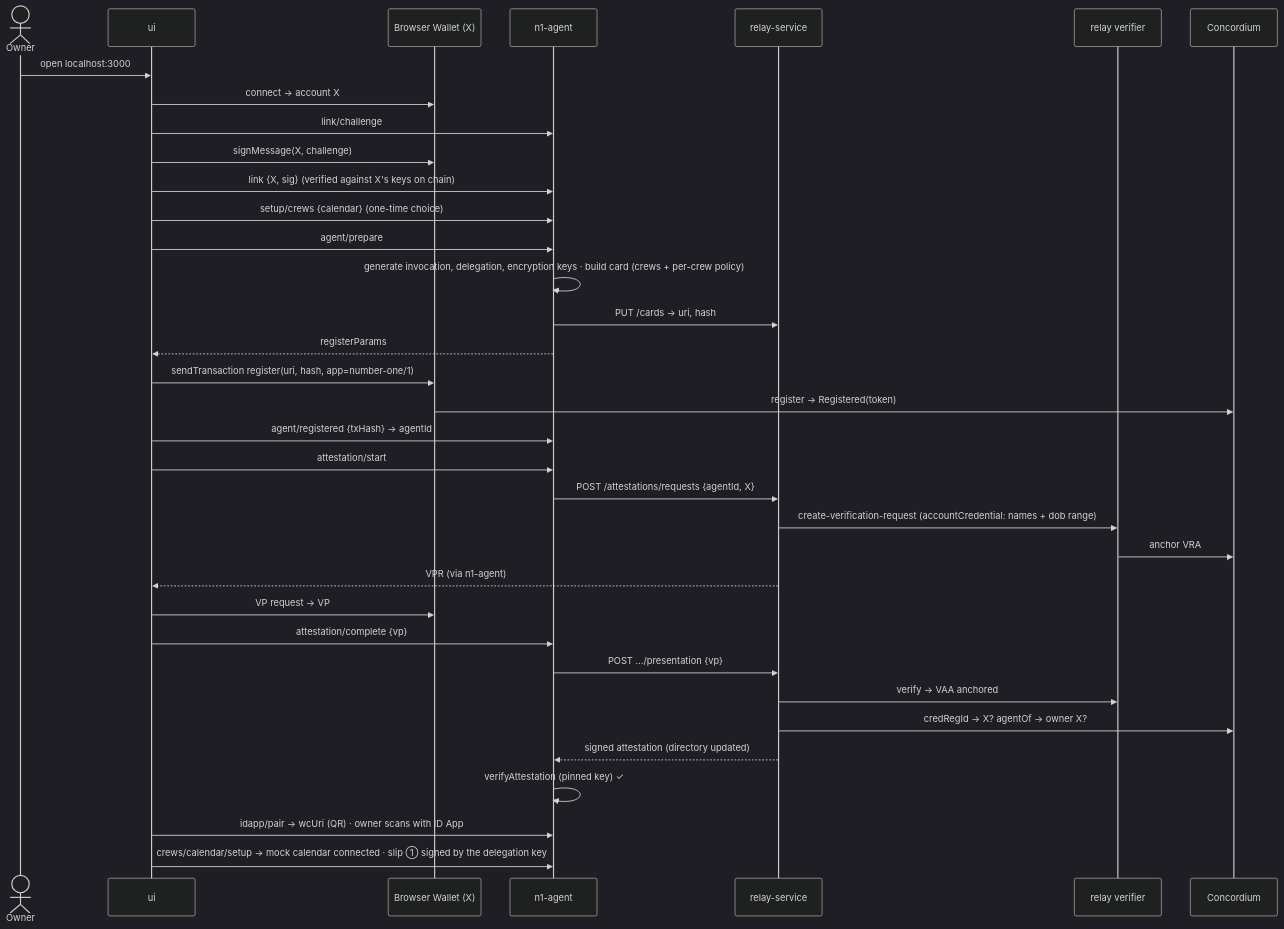
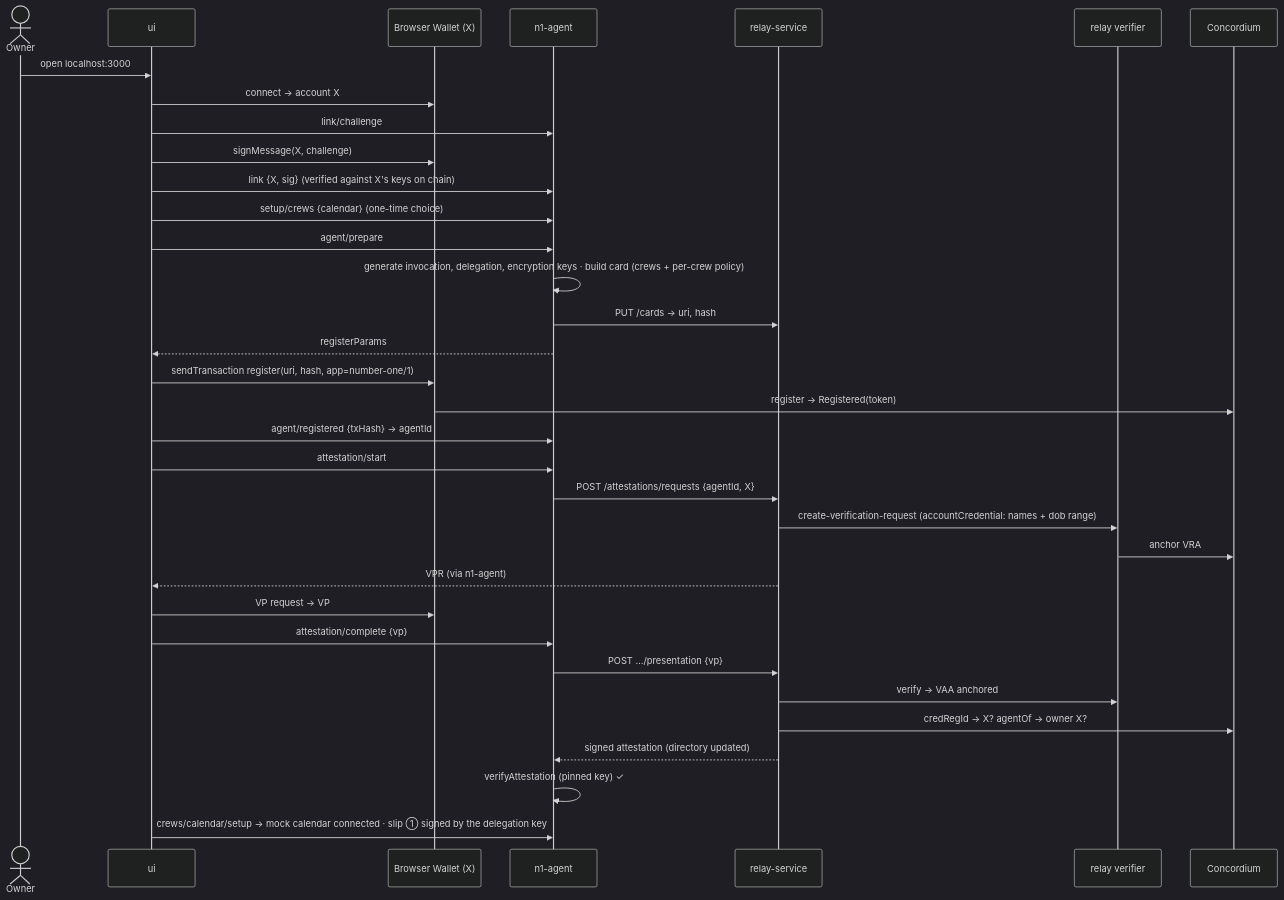
One commit to Vishwas1/number1-agent changed the first of 3 diagrams in spec/flows.md. Above: the diagram before and after it, drawn with Mermaid (dark theme). The commit also changed other lines of this file and 17 other files, not shown here.

````diff
--- a/spec/flows.md
+++ b/spec/flows.md
@@ -5,38 +5,37 @@
 ```mermaid
 sequenceDiagram
     actor O as Owner
     participant UI as ui
     participant BW as Browser Wallet (X)
     participant N1 as n1-agent
     participant RS as relay-service
     participant RV as relay verifier
     participant CH as Concordium
 
     O->>UI: open localhost:3000
     UI->>BW: connect → account X
     UI->>N1: link/challenge
     UI->>BW: signMessage(X, challenge)
     UI->>N1: link {X, sig} (verified against X's keys on chain)
     UI->>N1: setup/crews {calendar} (one-time choice)
     UI->>N1: agent/prepare
     N1->>N1: generate invocation, delegation, encryption keys · build card (crews + per-crew policy)
     N1->>RS: PUT /cards → uri, hash
     N1-->>UI: registerParams
     UI->>BW: sendTransaction register(uri, hash, app=number-one/1)
     BW->>CH: register → Registered(token)
     UI->>N1: agent/registered {txHash} → agentId
     UI->>N1: attestation/start
     N1->>RS: POST /attestations/requests {agentId, X}
     RS->>RV: create-verification-request (accountCredential: names + dob range)
     RV->>CH: anchor VRA
     RS-->>UI: VPR (via n1-agent)
     UI->>BW: VP request → VP
     UI->>N1: attestation/complete {vp}
     N1->>RS: POST …/presentation {vp}
     RS->>RV: verify → VAA anchored
     RS->>CH: credRegId → X? agentOf → owner X?
     RS-->>N1: signed attestation (directory updated)
     N1->>N1: verifyAttestation (pinned key) ✓
-    UI->>N1: idapp/pair → wcUri (QR) · owner scans with ID App
     UI->>N1: crews/calendar/setup → mock calendar connected · slip ① signed by the delegation key
 ```
````
